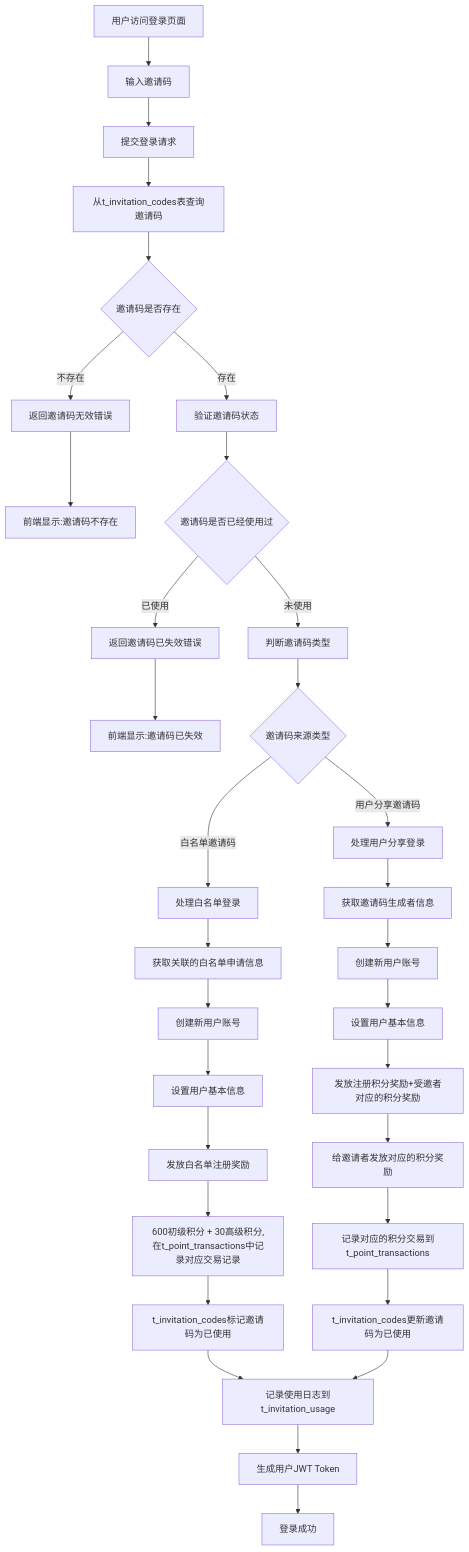
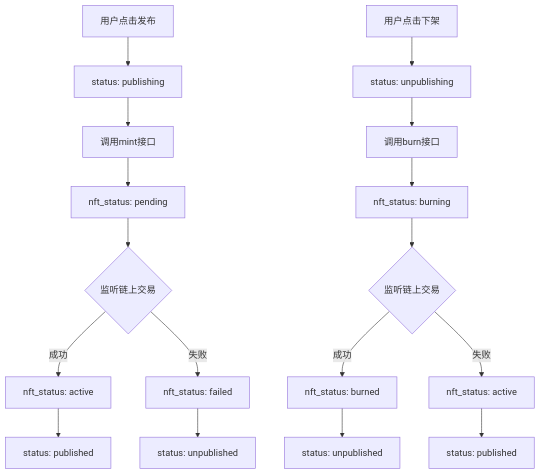
One commit to yingjianzh/iodraw-files changed the diagram in all/未命名-74.md. Above: the diagram before and after it, drawn with Mermaid.

Commit message:
2025-07-07 15:19:10 update

````diff
--- a/all/未命名-74.md
+++ b/all/未命名-74.md
@@ -1,41 +1,20 @@
 ```mermaid
-
-flowchart TD
-    A[用户访问登录页面] --> B[输入邀请码]
-    B --> E[提交登录请求]
-    E --> H[从t_invitation_codes表查询邀请码]
-    H --> I{邀请码是否存在}
-    I -->|不存在| J[返回邀请码无效错误]
-    J --> K[前端显示:邀请码不存在]
+graph TD
+    A[用户点击发布] --> B[status: publishing]
+    B --> C[调用mint接口]
+    C --> D[nft_status: pending]
+    D --> E{监听链上交易}
+    E -->|成功| F[nft_status: active]
+    F --> G[status: published]
+    E -->|失败| H[nft_status: failed]
+    H --> I[status: unpublished]
     
-    I -->|存在| L[验证邀请码状态]
-    L --> M{邀请码是否已经使用过}
-    M -->|已使用| N[返回邀请码已失效错误]
-    N --> O[前端显示:邀请码已失效]
-    
-    M -->|未使用| X[判断邀请码类型]
-    X --> Y{邀请码来源类型}
-    
-    Y -->|白名单邀请码| Z[处理白名单登录]
-    Z --> Z1[获取关联的白名单申请信息]
-    Z1 --> Z2[创建新用户账号]
-    Z2 --> Z3[设置用户基本信息]
-    Z3 --> Z4[发放白名单注册奖励]
-    Z4 --> Z5[600初级积分 + 30高级积分,在t_point_transactions中记录对应交易记录]
-    Z5 --> Z6[t_invitation_codes标记邀请码为已使用]
-    Z6 --> AA[记录使用日志到t_invitation_usage]
-    
-    Y -->|用户分享邀请码| BB[处理用户分享登录]
-    BB --> BB1[获取邀请码生成者信息]
-    BB1 --> BB2[创建新用户账号]
-    BB2 --> BB3[设置用户基本信息]
-    BB3 --> BB4[发放注册积分奖励+受邀者对应的积分奖励]
-    BB4 --> BB5[给邀请者发放对应的积分奖励]
-    BB5 --> BB6[记录对应的积分交易到t_point_transactions]
-    BB6 --> BB7[t_invitation_codes更新邀请码为已使用]
-    BB7 --> AA
-    
-    AA --> CC[生成用户JWT Token]
-    CC --> DD[登录成功]  
-
+    J[用户点击下架] --> K[status: unpublishing]
+    K --> L[调用burn接口]
+    L --> M[nft_status: burning]
+    M --> N{监听链上交易}
+    N -->|成功| O[nft_status: burned]
+    O --> P[status: unpublished]
+    N -->|失败| Q[nft_status: active]
+    Q --> R[status: published]
 ```
````
